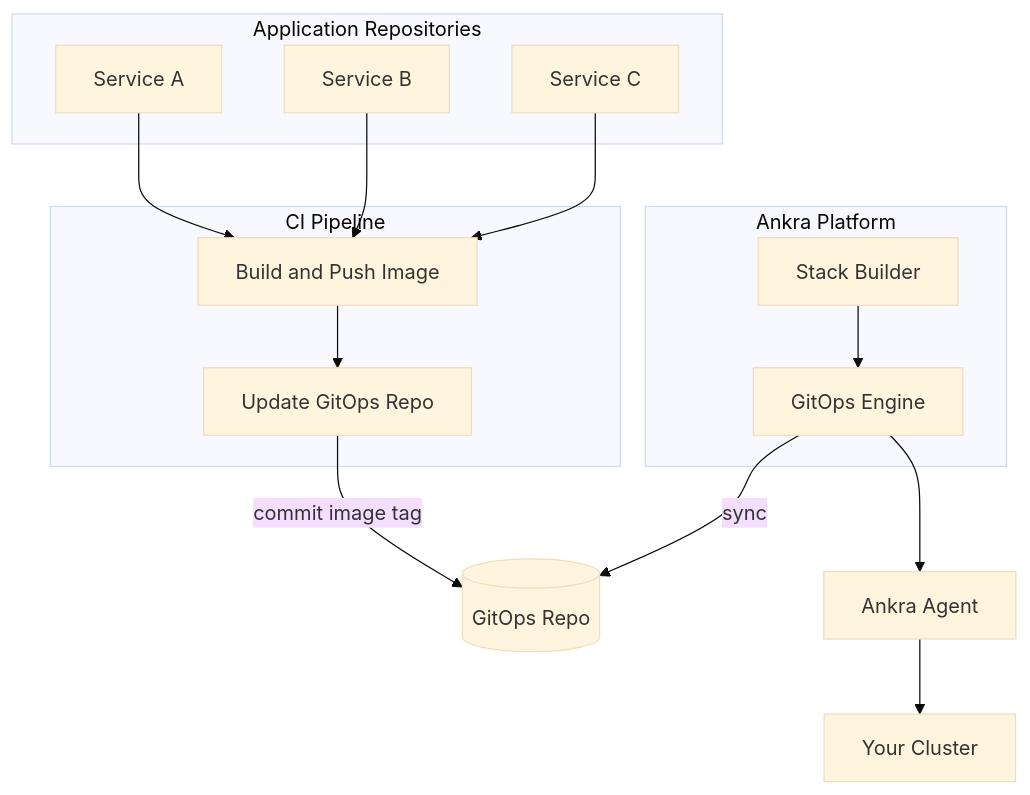
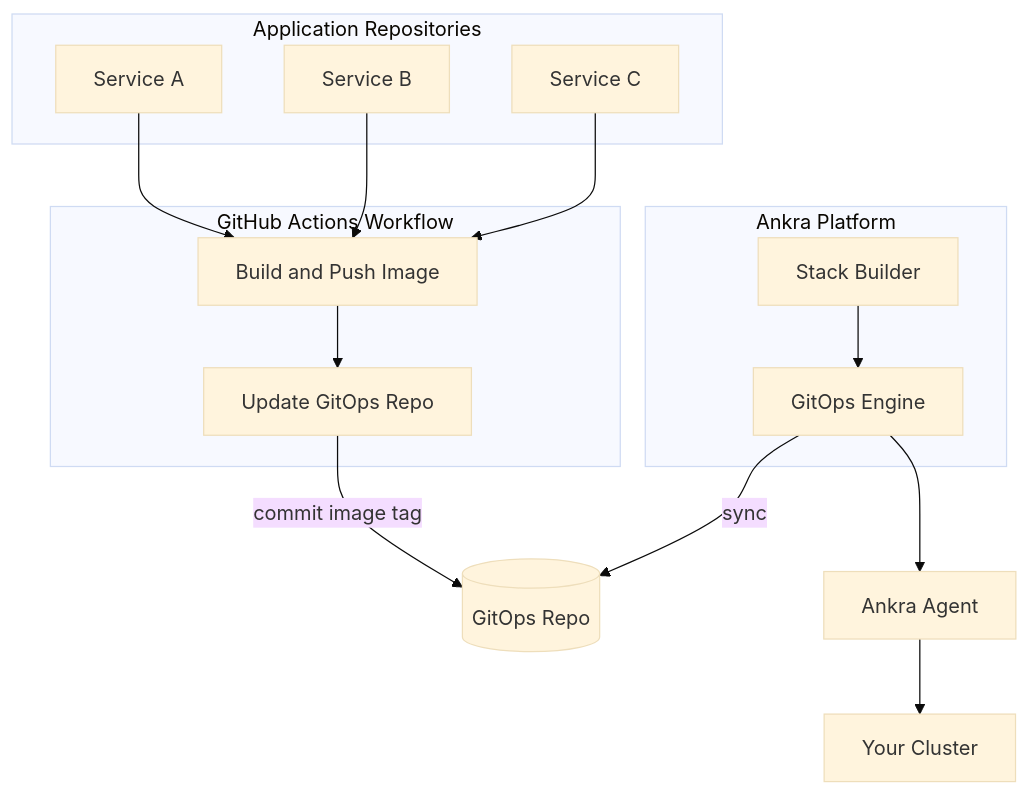
Before and after one commit to ankraio/ankra-docs: the diagram in guides/cicd-pipeline.mdx, drawn with Mermaid (base theme). The commit also changed other lines of this file and 1 other file, not shown here.

````diff
--- a/guides/cicd-pipeline.mdx
+++ b/guides/cicd-pipeline.mdx
@@ -14,33 +14,33 @@
 ```mermaid
 flowchart TB
     subgraph AppRepos [Application Repositories]
         ServiceA[Service A]
         ServiceB[Service B]
         ServiceC[Service C]
     end
 
-    subgraph CI [CI Pipeline]
+    subgraph CI [GitHub Actions Workflow]
         Build[Build and Push Image]
         Update[Update GitOps Repo]
     end
 
     GitOps[(GitOps Repo)]
 
     subgraph Ankra [Ankra Platform]
         StackBuilder[Stack Builder]
         Engine[GitOps Engine]
     end
 
     Agent[Ankra Agent]
     Cluster[Your Cluster]
 
     ServiceA --> Build
     ServiceB --> Build
     ServiceC --> Build
     Build --> Update
     Update -->|commit image tag| GitOps
     StackBuilder --> Engine
     Engine -->|sync| GitOps
     Engine --> Agent
     Agent --> Cluster
 ```
````
